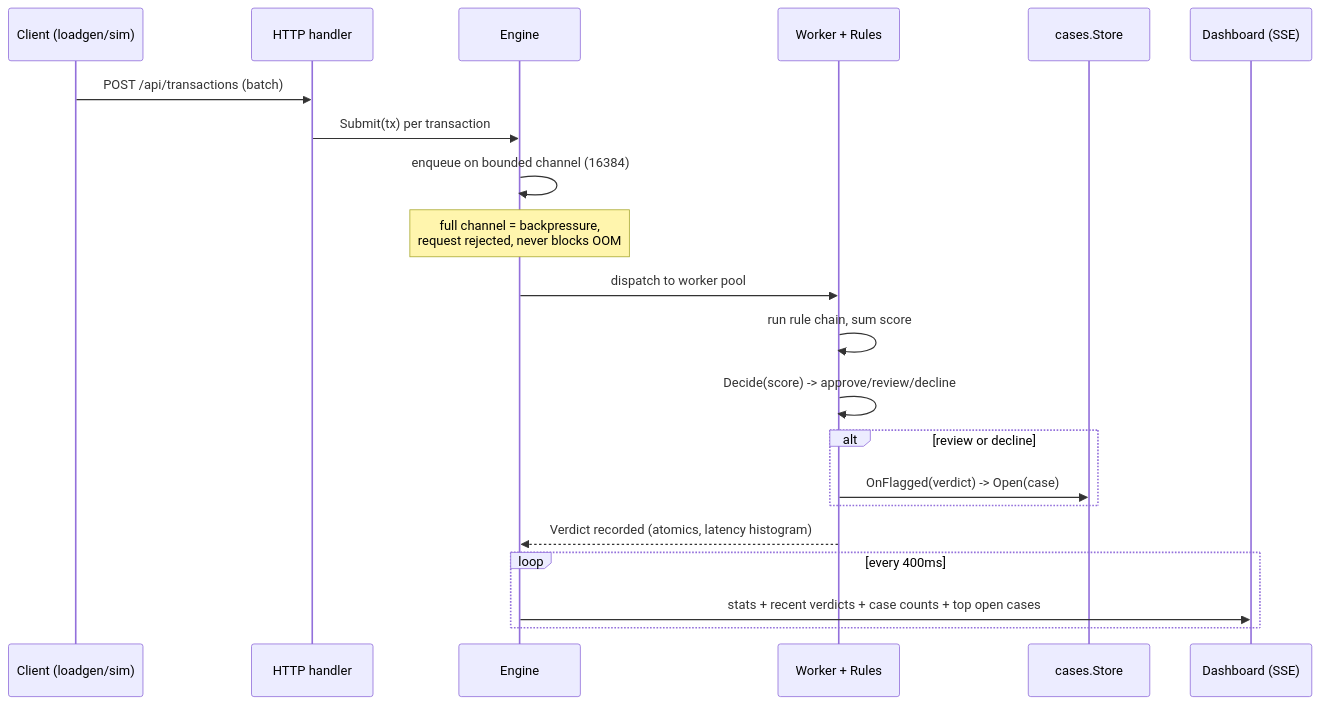
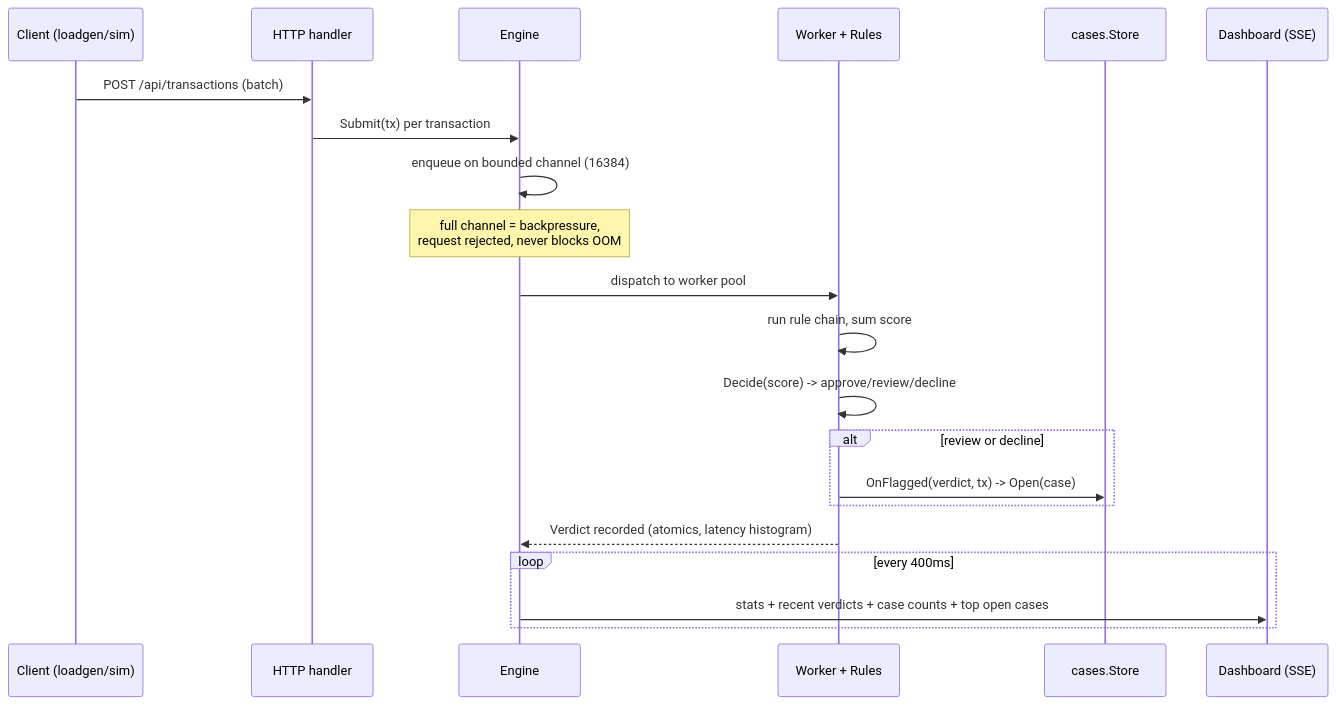
One commit to Inn-Keeper/lambari changed the second of 4 diagrams in docs/diagrams.md. Above: the diagram before and after it, drawn with Mermaid. The commit also changed other lines of this file and 8 other files, not shown here.

````diff
--- a/docs/diagrams.md
+++ b/docs/diagrams.md
@@ -45,24 +45,24 @@
 ```mermaid
 sequenceDiagram
     participant C as Client (loadgen/sim)
     participant H as HTTP handler
     participant E as Engine
     participant W as Worker + Rules
     participant S as cases.Store
     participant D as Dashboard (SSE)
 
     C->>H: POST /api/transactions (batch)
     H->>E: Submit(tx) per transaction
     E->>E: enqueue on bounded channel (16384)
     Note over E: full channel = backpressure,<br/>request rejected, never blocks OOM
     E->>W: dispatch to worker pool
     W->>W: run rule chain, sum score
     W->>W: Decide(score) -> approve/review/decline
     alt review or decline
-        W->>S: OnFlagged(verdict) -> Open(case)
+        W->>S: OnFlagged(verdict, tx) -> Open(case)
     end
     W-->>E: Verdict recorded (atomics, latency histogram)
     loop every 400ms
         E->>D: stats + recent verdicts + case counts + top open cases
     end
 ```
````
